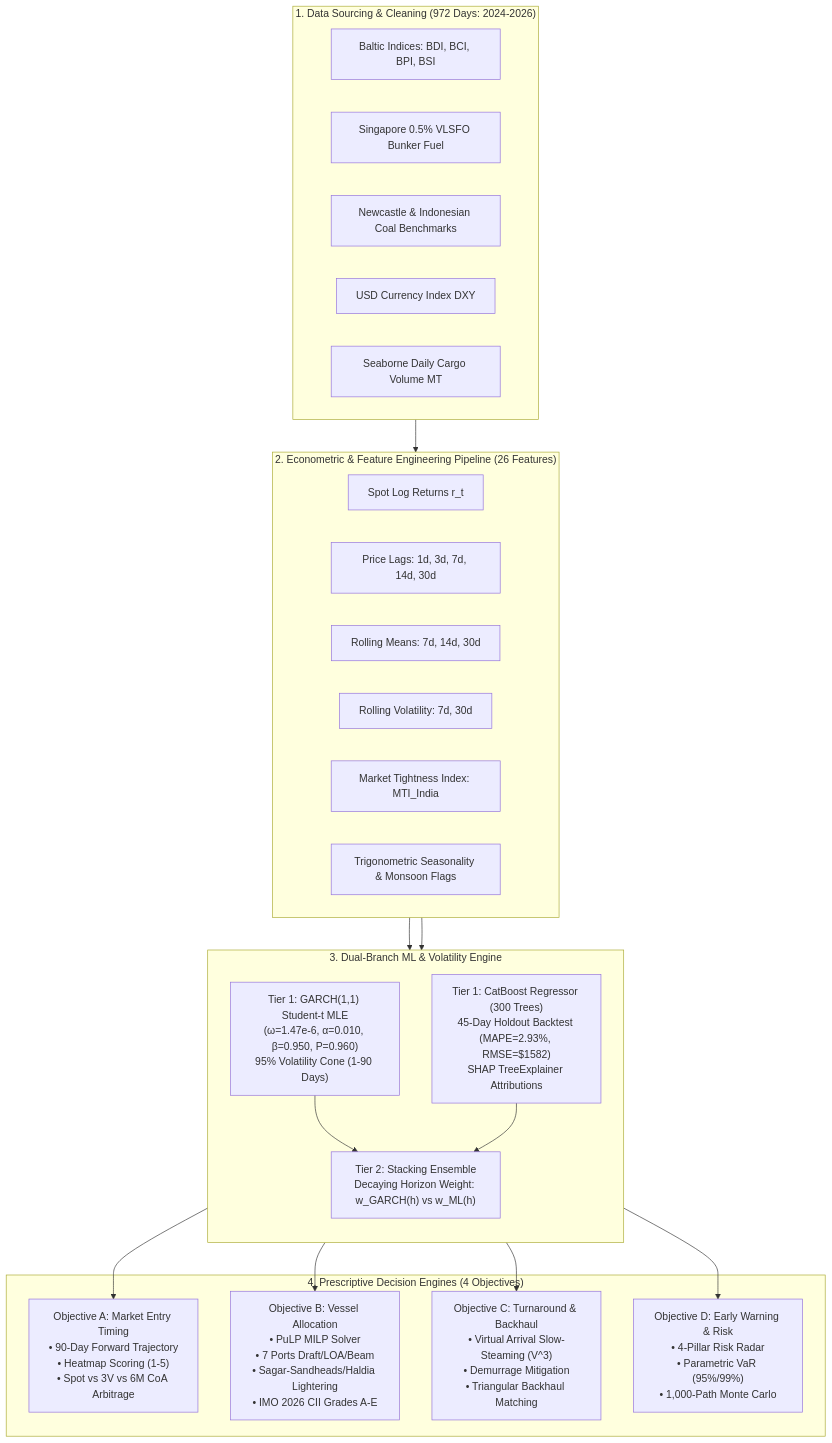
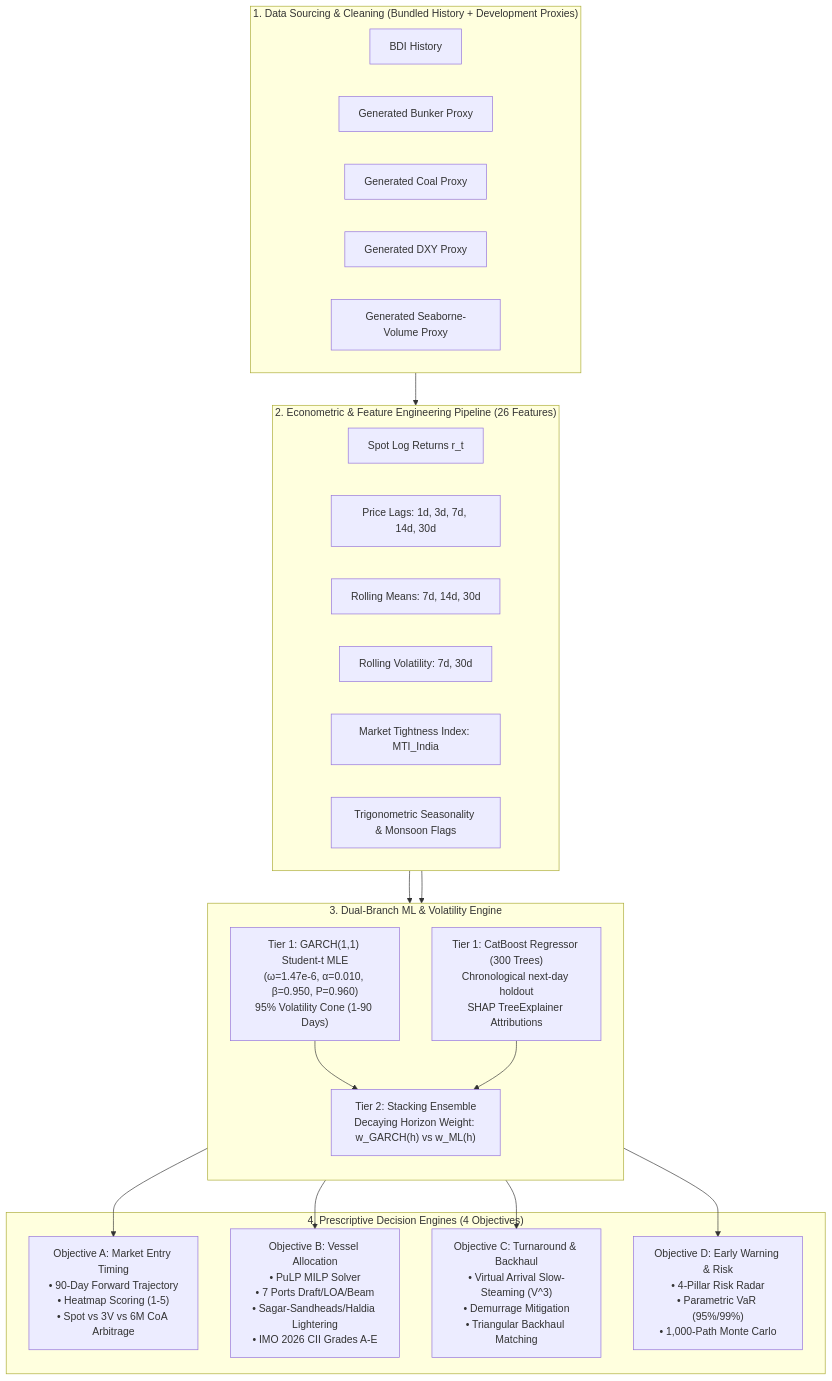
Before and after one commit to Sanjay1766/Freight_SIH: the diagram in README.md, drawn with Mermaid. The commit also changed other lines of this file and 35 other files, not shown here.

````diff
--- a/README.md
+++ b/README.md
@@ -17,43 +19,43 @@
 ```mermaid
 flowchart TD
-    subgraph Sourcing ["1. Data Sourcing & Cleaning (972 Days: 2024-2026)"]
-        D1[Baltic Indices: BDI, BCI, BPI, BSI]
-        D2[Singapore 0.5% VLSFO Bunker Fuel]
-        D3[Newcastle & Indonesian Coal Benchmarks]
-        D4[USD Currency Index DXY]
-        D5[Seaborne Daily Cargo Volume MT]
+    subgraph Sourcing ["1. Data Sourcing & Cleaning (Bundled History + Development Proxies)"]
+        D1[BDI History]
+        D2[Generated Bunker Proxy]
+        D3[Generated Coal Proxy]
+        D4[Generated DXY Proxy]
+        D5[Generated Seaborne-Volume Proxy]
     end
 
     subgraph FeatureEng ["2. Econometric & Feature Engineering Pipeline (26 Features)"]
         F1[Spot Log Returns r_t]
         F2[Price Lags: 1d, 3d, 7d, 14d, 30d]
         F3[Rolling Means: 7d, 14d, 30d]
         F4[Rolling Volatility: 7d, 30d]
         F5[Market Tightness Index: MTI_India]
         F6[Trigonometric Seasonality & Monsoon Flags]
     end
 
     subgraph ML_Econometrics ["3. Dual-Branch ML & Volatility Engine"]
         direction TB
         GARCH["Tier 1: GARCH(1,1) Student-t MLE<br/>(ω=1.47e-6, α=0.010, β=0.950, P=0.960)<br/>95% Volatility Cone (1-90 Days)"]
-        CATBOOST["Tier 1: CatBoost Regressor (300 Trees)<br/>45-Day Holdout Backtest (MAPE=2.93%, RMSE=$1582)<br/>SHAP TreeExplainer Attributions"]
+        CATBOOST["Tier 1: CatBoost Regressor (300 Trees)<br/>Chronological next-day holdout<br/>SHAP TreeExplainer Attributions"]
         STACK["Tier 2: Stacking Ensemble<br/>Decaying Horizon Weight: w_GARCH(h) vs w_ML(h)"]
     end
 
     subgraph Objectives ["4. Prescriptive Decision Engines (4 Objectives)"]
         ObjA["Objective A: Market Entry Timing<br/>• 90-Day Forward Trajectory<br/>• Heatmap Scoring (1-5)<br/>• Spot vs 3V vs 6M CoA Arbitrage"]
         ObjB["Objective B: Vessel Allocation<br/>• PuLP MILP Solver<br/>• 7 Ports Draft/LOA/Beam<br/>• Sagar-Sandheads/Haldia Lightering<br/>• IMO 2026 CII Grades A-E"]
         ObjC["Objective C: Turnaround & Backhaul<br/>• Virtual Arrival Slow-Steaming (V^3)<br/>• Demurrage Mitigation<br/>• Triangular Backhaul Matching"]
         ObjD["Objective D: Early Warning & Risk<br/>• 4-Pillar Risk Radar<br/>• Parametric VaR (95%/99%)<br/>• 1,000-Path Monte Carlo"]
     end
 
     Sourcing --> FeatureEng
     FeatureEng --> GARCH
     FeatureEng --> CATBOOST
     GARCH --> STACK
     CATBOOST --> STACK
     STACK --> ObjA
     STACK --> ObjB
     STACK --> ObjC
     STACK --> ObjD
 ```
````
